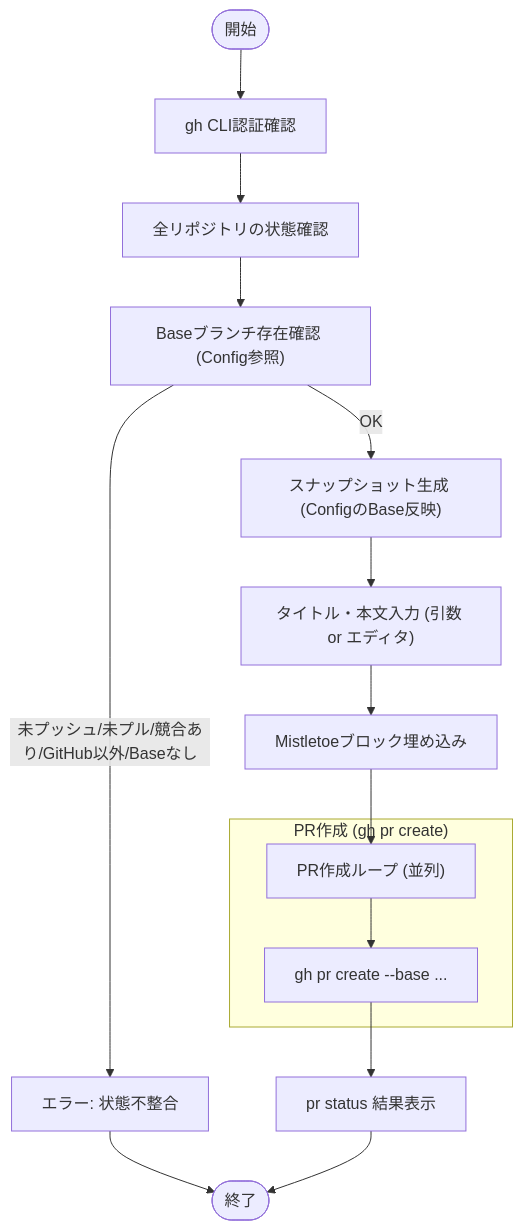
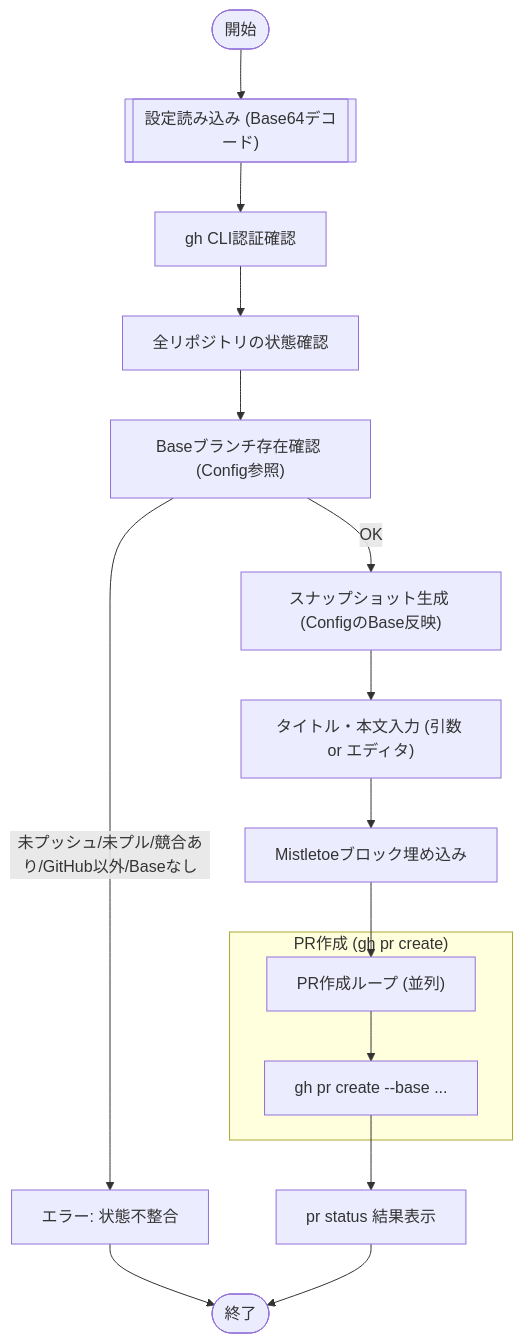
One commit to keiji/mistletoe changed the diagram in docs/internal/app/pr_create.md. Above: the diagram before and after it, drawn with Mermaid. The commit also changed other lines of this file and 7 other files, not shown here.

````diff
--- a/docs/internal/app/pr_create.md
+++ b/docs/internal/app/pr_create.md
@@ -26,22 +26,23 @@
 ```mermaid
 flowchart TD
-    Start(["開始"]) --> ValidateAuth["gh CLI認証確認"]
+    Start(["開始"]) --> LoadConfigSub[["設定読み込み (Base64デコード)"]]
+    LoadConfigSub --> ValidateAuth["gh CLI認証確認"]
     ValidateAuth --> CheckClean["全リポジトリの状態確認"]
     CheckClean --> VerifyBase["Baseブランチ存在確認 (Config参照)"]
 
     VerifyBase -- "未プッシュ/未プル/競合あり/GitHub以外/Baseなし" --> ErrorState["エラー: 状態不整合"]
     VerifyBase -- "OK" --> GenSnapshot["スナップショット生成 (ConfigのBase反映)"]
 
     GenSnapshot --> InputContent["タイトル・本文入力 (引数 or エディタ)"]
     InputContent --> EmbedBlock["Mistletoeブロック埋め込み"]
 
     EmbedBlock --> CreatePRs["PR作成ループ (並列)"]
 
     subgraph "PR作成 (gh pr create)"
         CreatePRs --> CallGH["gh pr create --base <ConfigBase> ..."]
     end
 
     CallGH --> ShowStatus["pr status 結果表示"]
     ErrorState --> Stop(["終了"])
     ShowStatus --> Stop
 ```
````
